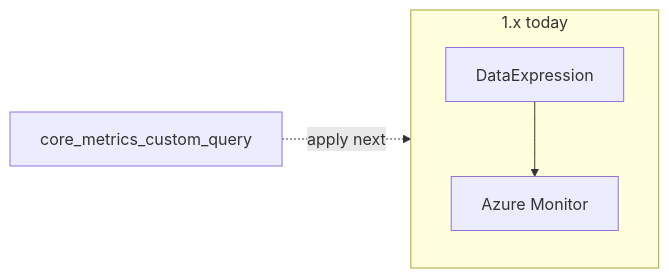
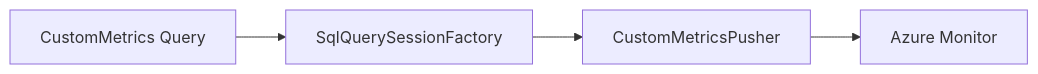
One commit to david-garcia-garcia/azureautoscaler changed the diagram in devstate/2026/09/2026-09-15-sql-query-synthetic-metrics/card.md. Above: the diagram before and after it, drawn with Mermaid. The commit also changed other lines of this file and 2 other files, not shown here.

````diff
--- a/devstate/2026/09/2026-09-15-sql-query-synthetic-metrics/card.md
+++ b/devstate/2026/09/2026-09-15-sql-query-synthetic-metrics/card.md
@@ -18,8 +18,6 @@
 ```mermaid
 flowchart LR
-  subgraph destBranch ["1.x today"]
-    CE[DataExpression]
-    CE --> Portal[Azure Monitor]
-  end
-  Spec[core_metrics_custom_query] -.->|apply next| destBranch
+  Q[CustomMetrics Query] --> F[SqlQuerySessionFactory]
+  F --> P[CustomMetricsPusher]
+  P --> AM[Azure Monitor]
 ```
````
